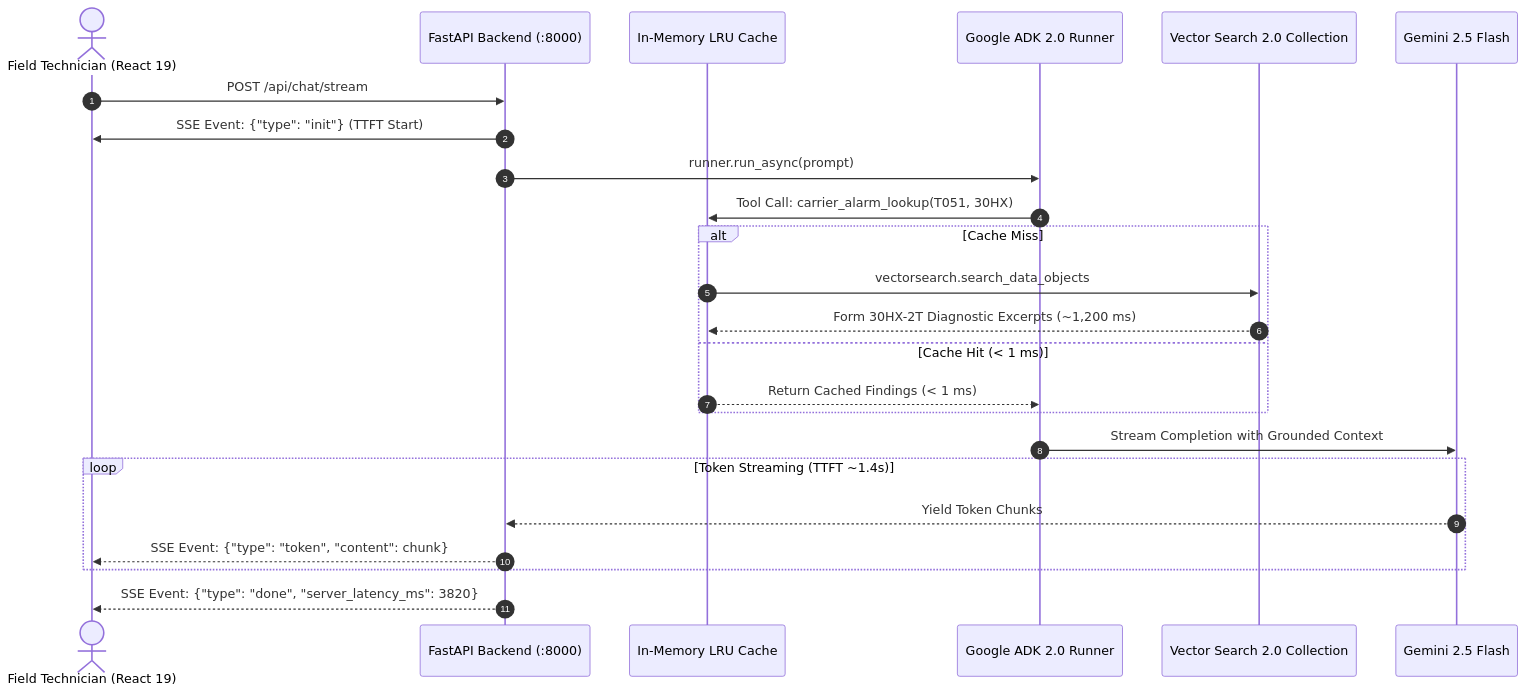
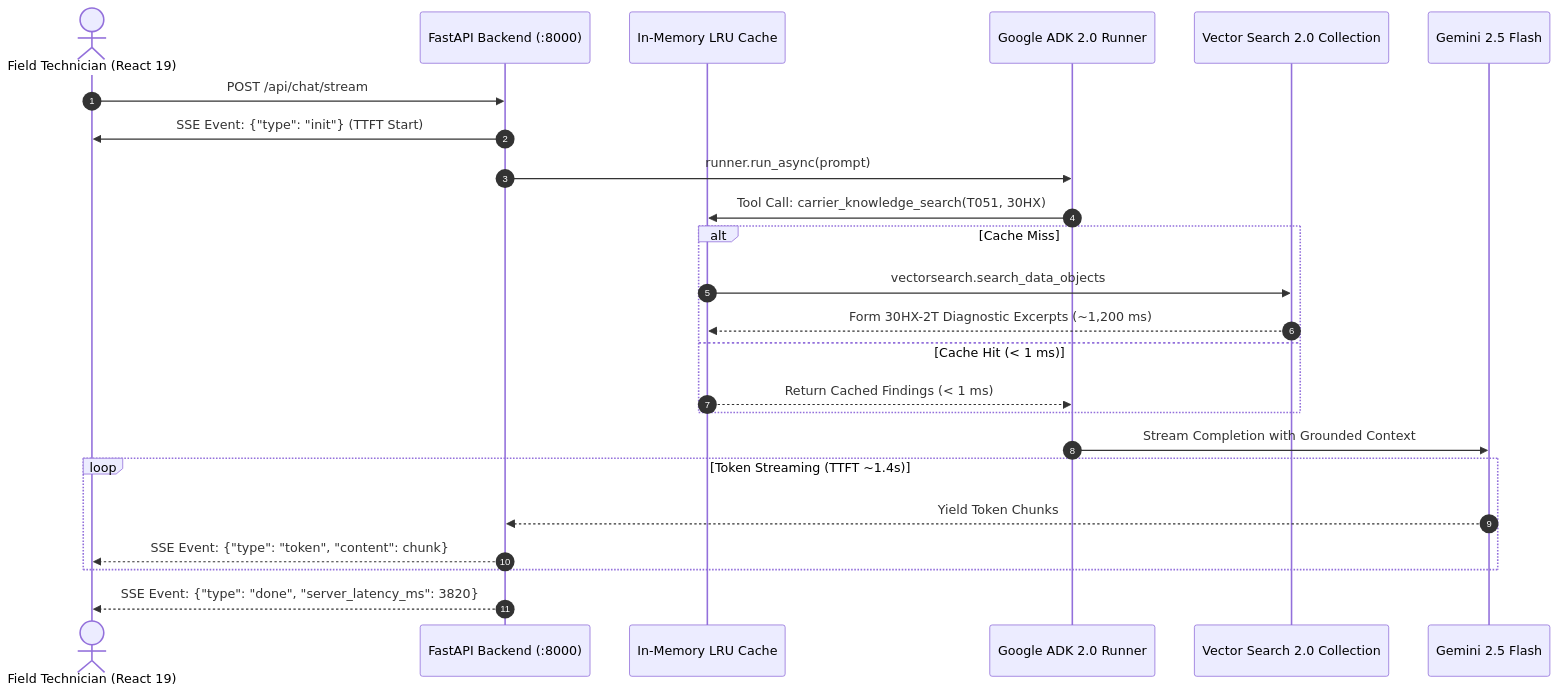
Before and after one commit to wanderas-pixel/vector-search-carrier: the third of 3 diagrams in implementation.md, drawn with Mermaid. The commit also changed other lines of this file and 5 other files, not shown here.

Commit message:
refactor: unify semantic, lexical, and alarm lookup into carrier_knowledge_search with dynamic RRF

````diff
--- a/implementation.md
+++ b/implementation.md
@@ -596,27 +596,27 @@
 ```mermaid
 sequenceDiagram
     autonumber
     actor Tech as Field Technician (React 19)
     participant API as FastAPI Backend (:8000)
     participant Cache as In-Memory LRU Cache
     participant ADK as Google ADK 2.0 Runner
     participant VS as Vector Search 2.0 Collection
     participant Gem as Gemini 2.5 Flash
 
     Tech->>API: POST /api/chat/stream
     API->>Tech: SSE Event: {"type": "init"} (TTFT Start)
     API->>ADK: runner.run_async(prompt)
-    ADK->>Cache: Tool Call: carrier_alarm_lookup(T051, 30HX)
+    ADK->>Cache: Tool Call: carrier_knowledge_search(T051, 30HX)
     alt Cache Miss
         Cache->>VS: vectorsearch.search_data_objects
         VS-->>Cache: Form 30HX-2T Diagnostic Excerpts (~1,200 ms)
     else Cache Hit (< 1 ms)
         Cache-->>ADK: Return Cached Findings (< 1 ms)
     end
     ADK->>Gem: Stream Completion with Grounded Context
     loop Token Streaming (TTFT ~1.4s)
         Gem-->>API: Yield Token Chunks
         API-->>Tech: SSE Event: {"type": "token", "content": chunk}
     end
     API-->>Tech: SSE Event: {"type": "done", "server_latency_ms": 3820}
 ```
````
